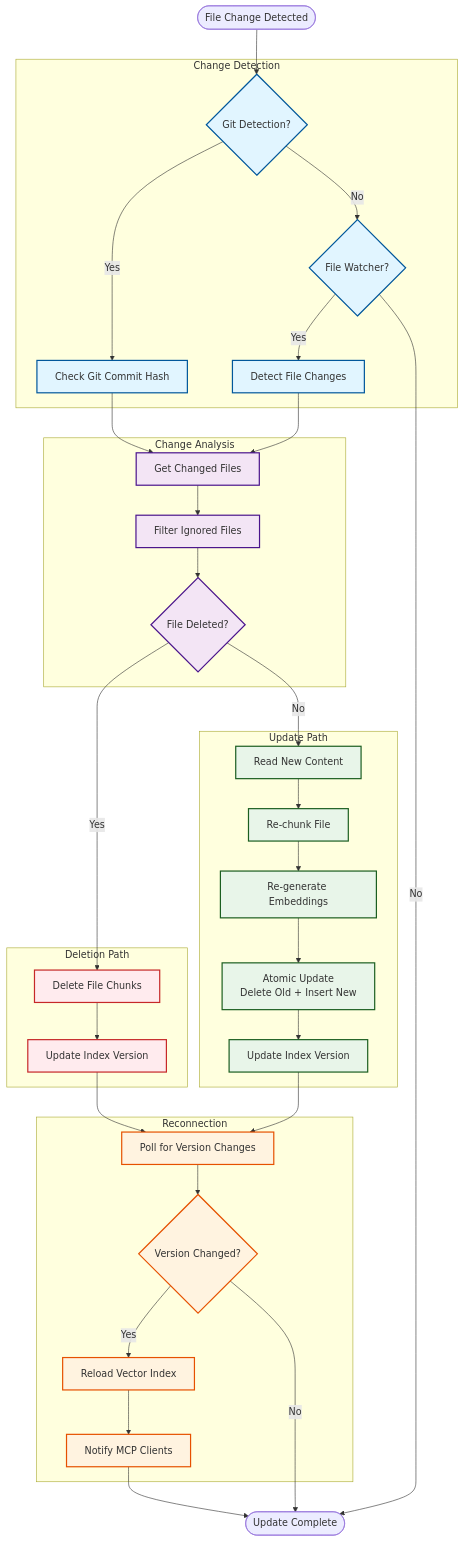
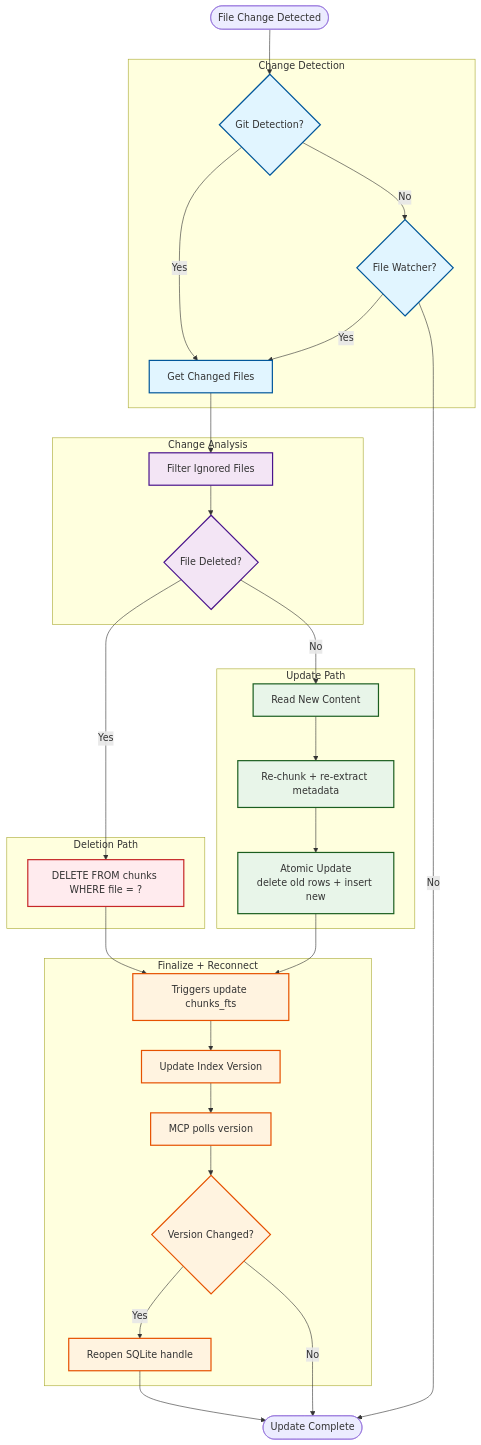
One commit to getlien/lien changed the fourth of 4 diagrams in docs/architecture/data-flow.md. Above: the diagram before and after it, drawn with Mermaid. The commit also changed other lines of this file and 131 other files, not shown here.

````diff
--- a/docs/architecture/data-flow.md
+++ b/docs/architecture/data-flow.md
@@ -456,88 +212,71 @@
 ```mermaid
 flowchart TB
     START([File Change Detected])
-    
+
     subgraph "Change Detection"
         GIT_DETECT{Git Detection?}
-        CHECK_COMMIT[Check Git Commit Hash]
         FILE_WATCH{File Watcher?}
-        DETECT_CHANGE[Detect File Changes]
+        GET_CHANGED[Get Changed Files]
     end
-    
+
     subgraph "Change Analysis"
-        GET_CHANGED[Get Changed Files]
         FILTER_IGNORED[Filter Ignored Files]
         CHECK_DELETED{File Deleted?}
     end
-    
+
     subgraph "Deletion Path"
-        DELETE_CHUNKS[Delete File Chunks]
-        UPDATE_VERSION_DEL[Update Index Version]
+        DELETE_CHUNKS[DELETE FROM chunks WHERE file = ?]
     end
-    
+
     subgraph "Update Path"
         READ_NEW[Read New Content]
-        RECHUNK[Re-chunk File]
-        REEMBED[Re-generate Embeddings]
-        ATOMIC_UPDATE[Atomic Update<br/>Delete Old + Insert New]
-        UPDATE_VERSION_UPD[Update Index Version]
+        RECHUNK[Re-chunk + re-extract metadata]
+        ATOMIC_UPDATE[Atomic Update<br/>delete old rows + insert new]
     end
-    
-    subgraph "Reconnection"
-        VERSION_POLL[Poll for Version Changes]
+
+    subgraph "Finalize + Reconnect"
+        FTS_TRIGGERS[Triggers update chunks_fts]
+        UPDATE_VERSION[Update Index Version]
+        VERSION_POLL[MCP polls version]
         RECONNECT{Version Changed?}
-        RELOAD_INDEX[Reload Vector Index]
-        NOTIFY[Notify MCP Clients]
+        RELOAD_INDEX[Reopen SQLite handle]
     end
-    
+
     END([Update Complete])
-    
-    %% Main Flow - Git
+
     START --> GIT_DETECT
-    GIT_DETECT -->|Yes| CHECK_COMMIT
-    CHECK_COMMIT --> GET_CHANGED
-    
-    %% Main Flow - File Watcher
+    GIT_DETECT -->|Yes| GET_CHANGED
     GIT_DETECT -->|No| FILE_WATCH
-    FILE_WATCH -->|Yes| DETECT_CHANGE
-    DETECT_CHANGE --> GET_CHANGED
-    
+    FILE_WATCH -->|Yes| GET_CHANGED
     FILE_WATCH -->|No| END
-    
-    %% Change Processing
+
     GET_CHANGED --> FILTER_IGNORED
     FILTER_IGNORED --> CHECK_DELETED
-    
-    %% Deletion
+
     CHECK_DELETED -->|Yes| DELETE_CHUNKS
-    DELETE_CHUNKS --> UPDATE_VERSION_DEL
-    UPDATE_VERSION_DEL --> VERSION_POLL
-    
-    %% Update
+    DELETE_CHUNKS --> FTS_TRIGGERS
+
     CHECK_DELETED -->|No| READ_NEW
     READ_NEW --> RECHUNK
-    RECHUNK --> REEMBED
-    REEMBED --> ATOMIC_UPDATE
-    ATOMIC_UPDATE --> UPDATE_VERSION_UPD
-    UPDATE_VERSION_UPD --> VERSION_POLL
-    
-    %% Reconnection
+    RECHUNK --> ATOMIC_UPDATE
+    ATOMIC_UPDATE --> FTS_TRIGGERS
+
+    FTS_TRIGGERS --> UPDATE_VERSION
+    UPDATE_VERSION --> VERSION_POLL
     VERSION_POLL --> RECONNECT
     RECONNECT -->|Yes| RELOAD_INDEX
     RECONNECT -->|No| END
-    RELOAD_INDEX --> NOTIFY
-    NOTIFY --> END
-    
-    %% Styling
+    RELOAD_INDEX --> END
+
     classDef detectClass fill:#e1f5ff,stroke:#01579b,stroke-width:2px
     classDef analysisClass fill:#f3e5f5,stroke:#4a148c,stroke-width:2px
     classDef deleteClass fill:#ffebee,stroke:#c62828,stroke-width:2px
     classDef updateClass fill:#e8f5e9,stroke:#1b5e20,stroke-width:2px
     classDef reconnectClass fill:#fff3e0,stroke:#e65100,stroke-width:2px
-    
-    class GIT_DETECT,CHECK_COMMIT,FILE_WATCH,DETECT_CHANGE detectClass
-    class GET_CHANGED,FILTER_IGNORED,CHECK_DELETED analysisClass
-    class DELETE_CHUNKS,UPDATE_VERSION_DEL deleteClass
-    class READ_NEW,RECHUNK,REEMBED,ATOMIC_UPDATE,UPDATE_VERSION_UPD updateClass
-    class VERSION_POLL,RECONNECT,RELOAD_INDEX,NOTIFY reconnectClass
+
+    class GIT_DETECT,FILE_WATCH,GET_CHANGED detectClass
+    class FILTER_IGNORED,CHECK_DELETED analysisClass
+    class DELETE_CHUNKS deleteClass
+    class READ_NEW,RECHUNK,ATOMIC_UPDATE updateClass
+    class FTS_TRIGGERS,UPDATE_VERSION,VERSION_POLL,RECONNECT,RELOAD_INDEX reconnectClass
 ```
````
